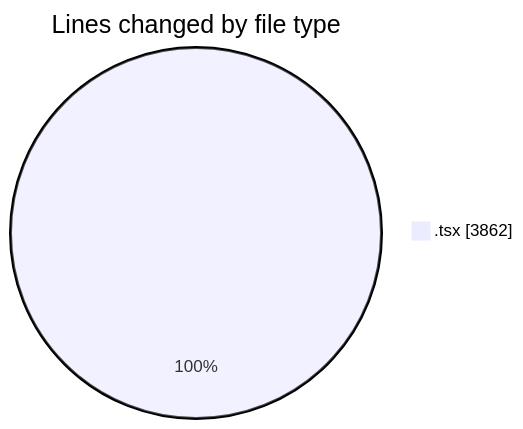
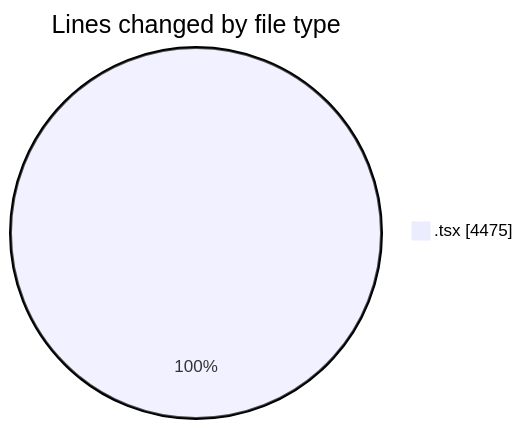
The first of 2 diagrams in 2026-08-24/nxtqube_webapp/README.md (nxtqubesakshisongat/code-tracking), drawn with Mermaid before and after one commit. The commit also changed other lines of this file and 1 other file, not shown here.

````diff
--- a/2026-08-24/nxtqube_webapp/README.md
+++ b/2026-08-24/nxtqube_webapp/README.md
@@ -33,5 +33,5 @@
 ```mermaid
 pie showData
 title Lines changed by file type
-".tsx" : 3862
+".tsx" : 4475
 ```
````
